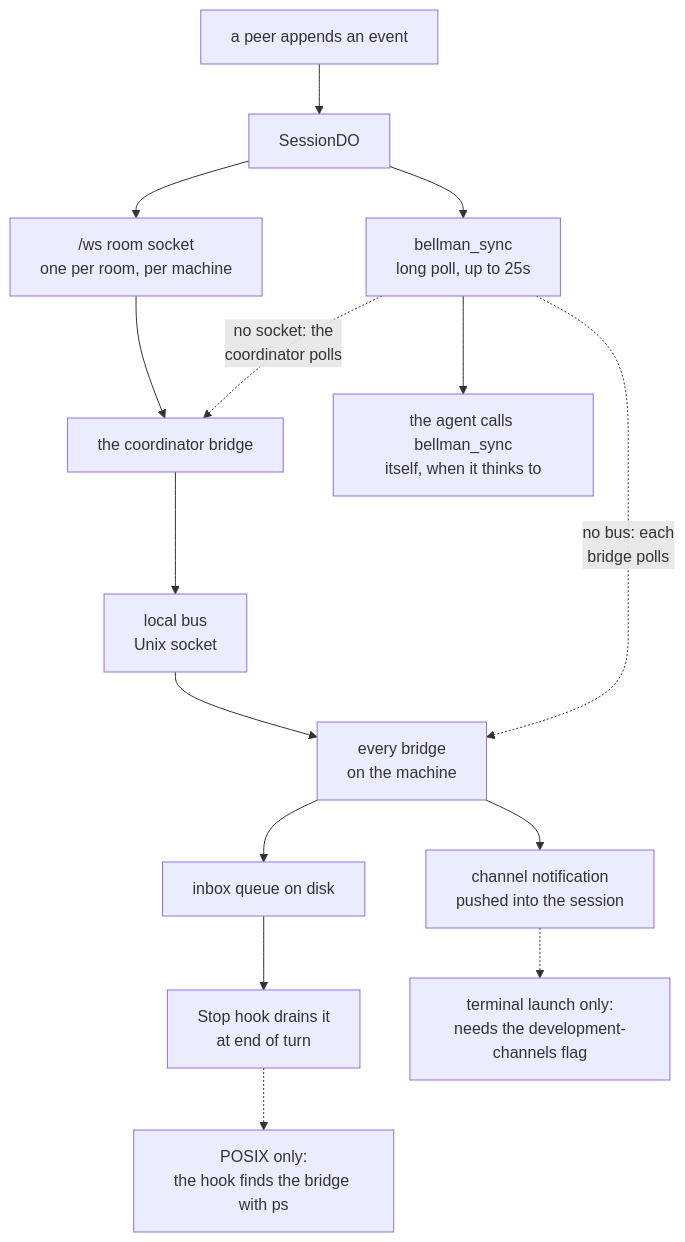
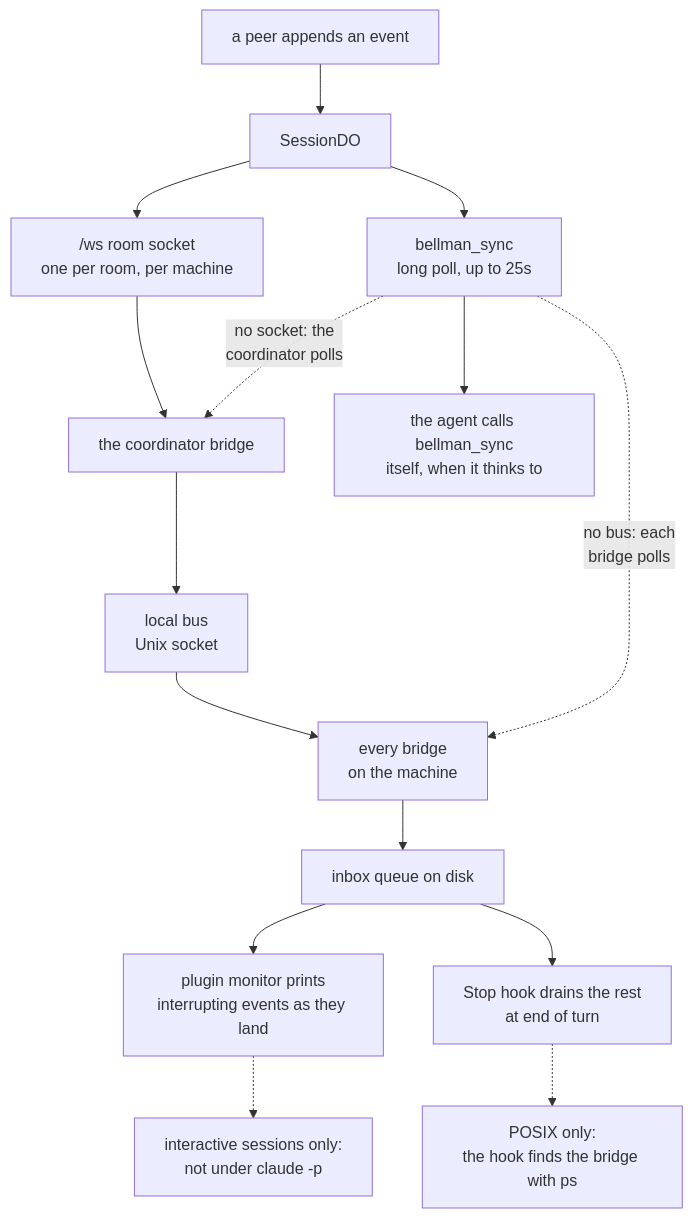
Before and after one commit to bellman-sh/bellman: the third of 7 diagrams in docs/ARCHITECTURE.md, drawn with Mermaid. The commit also changed other lines of this file and 33 other files, not shown here.

First line of the commit message:
Retire channel delivery: the bridge speaks MCP 2026-07-28 only

````diff
--- a/docs/ARCHITECTURE.md
+++ b/docs/ARCHITECTURE.md
@@ -165,21 +165,21 @@
 ```mermaid
 flowchart TB
     EVENT["a peer appends an event"] --> SDO["SessionDO"]
     SDO --> WSK["/ws room socket<br/>one per room, per machine"]
     SDO --> POLL["bellman_sync<br/>long poll, up to 25s"]
 
     WSK --> CO["the coordinator bridge"]
     CO --> BUS["local bus<br/>Unix socket"]
     BUS --> B["every bridge<br/>on the machine"]
     POLL -.->|"no socket: the<br/>coordinator polls"| CO
     POLL -.->|"no bus: each<br/>bridge polls"| B
 
-    B --> CH["channel notification<br/>pushed into the session"]
     B --> IQ["inbox queue on disk"]
-    IQ --> SH["Stop hook drains it<br/>at end of turn"]
+    IQ --> CH["plugin monitor prints<br/>interrupting events as they land"]
+    IQ --> SH["Stop hook drains the rest<br/>at end of turn"]
 
     POLL --> MANUAL["the agent calls bellman_sync<br/>itself, when it thinks to"]
 
-    CH -.-> NOTE1["terminal launch only:<br/>needs the development-channels flag"]
+    CH -.-> NOTE1["interactive sessions only:<br/>not under claude -p"]
     SH -.-> NOTE2["POSIX only:<br/>the hook finds the bridge with ps"]
 ```
````
